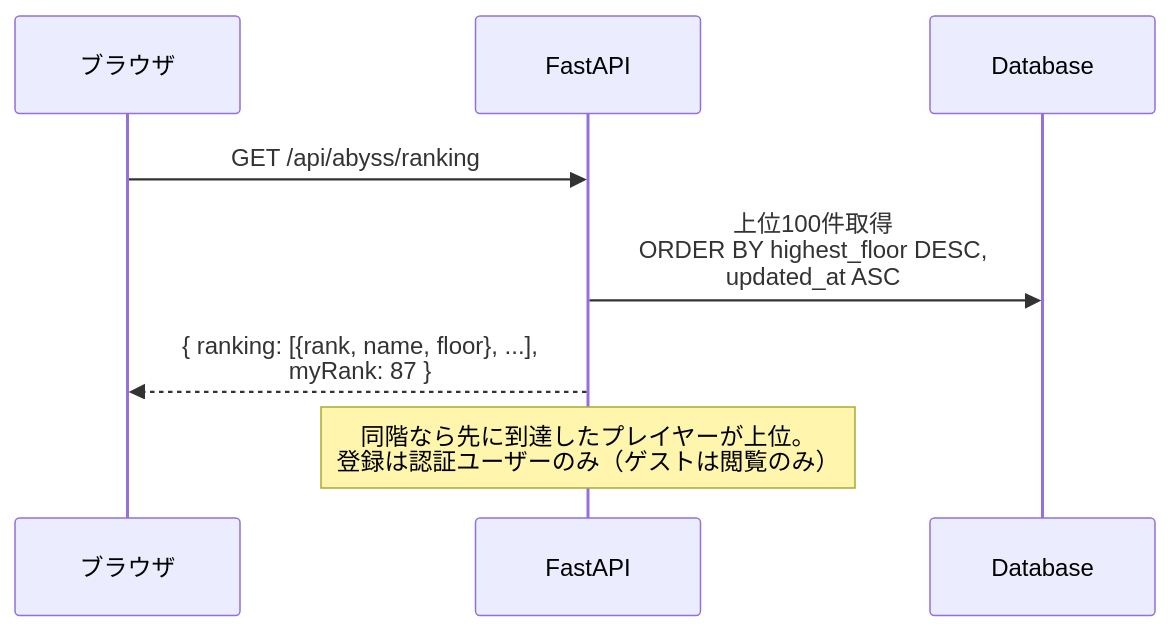
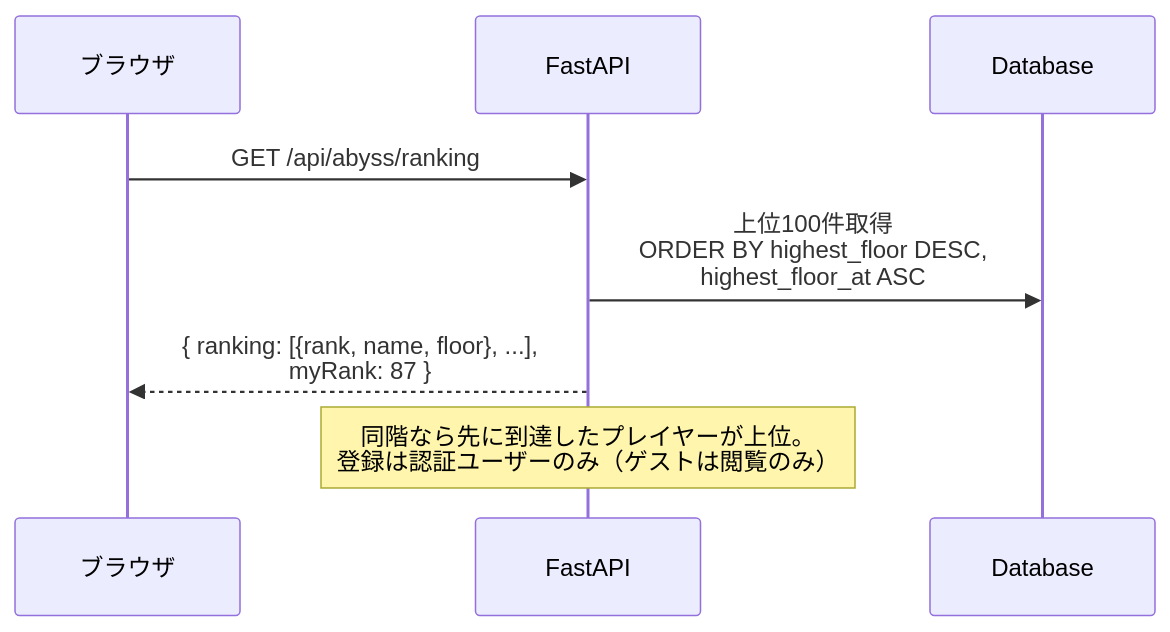
One commit to dateeee/2026_AFKGAME changed the second of 3 diagrams in diagrams/api_sequence/endgame.md. Above: the diagram before and after it, drawn with Mermaid. The commit also changed 12 other files, not shown here.

First line of the commit message:
docs: 仕様確定ゲートの指摘8件を反映（doc-review 4件 + diagrams-review 4件）

````diff
--- a/diagrams/api_sequence/endgame.md
+++ b/diagrams/api_sequence/endgame.md
@@ -61,13 +61,13 @@
 ```mermaid
 %%{init: {'theme': 'default', 'sequence': {'actorFontSize': 18, 'messageFontSize': 16, 'noteFontSize': 14}} }%%
 sequenceDiagram
     participant B as ブラウザ
     participant API as FastAPI
     participant DB as Database
 
     B->>API: GET /api/abyss/ranking
-    API->>DB: 上位100件取得<br/>ORDER BY highest_floor DESC,<br/>updated_at ASC
+    API->>DB: 上位100件取得<br/>ORDER BY highest_floor DESC,<br/>highest_floor_at ASC
     API-->>B: { ranking: [{rank, name, floor}, ...],<br/>  myRank: 87 }
 
     Note over API: 同階なら先に到達したプレイヤーが上位。<br/>登録は認証ユーザーのみ（ゲストは閲覧のみ）
 ```
````
